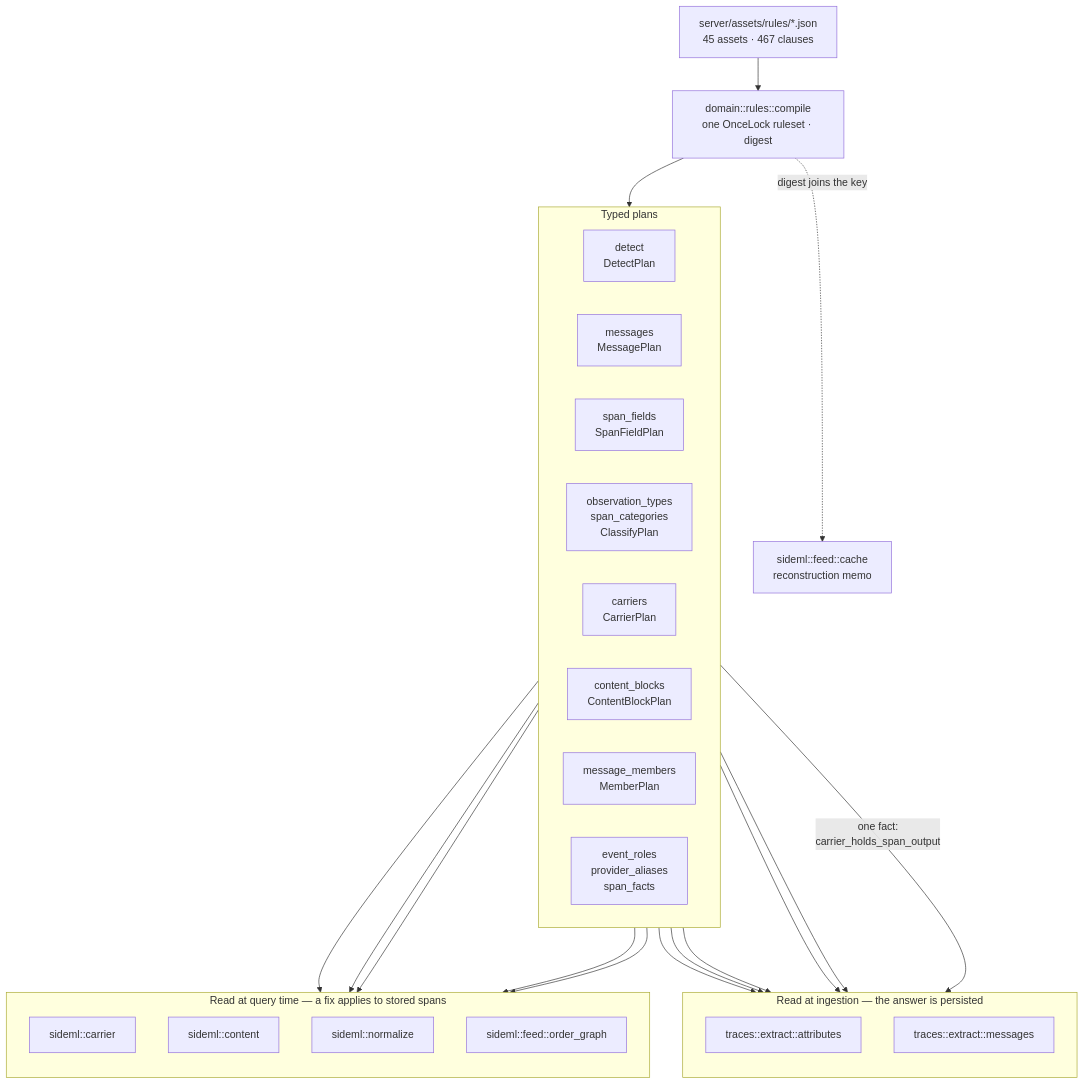
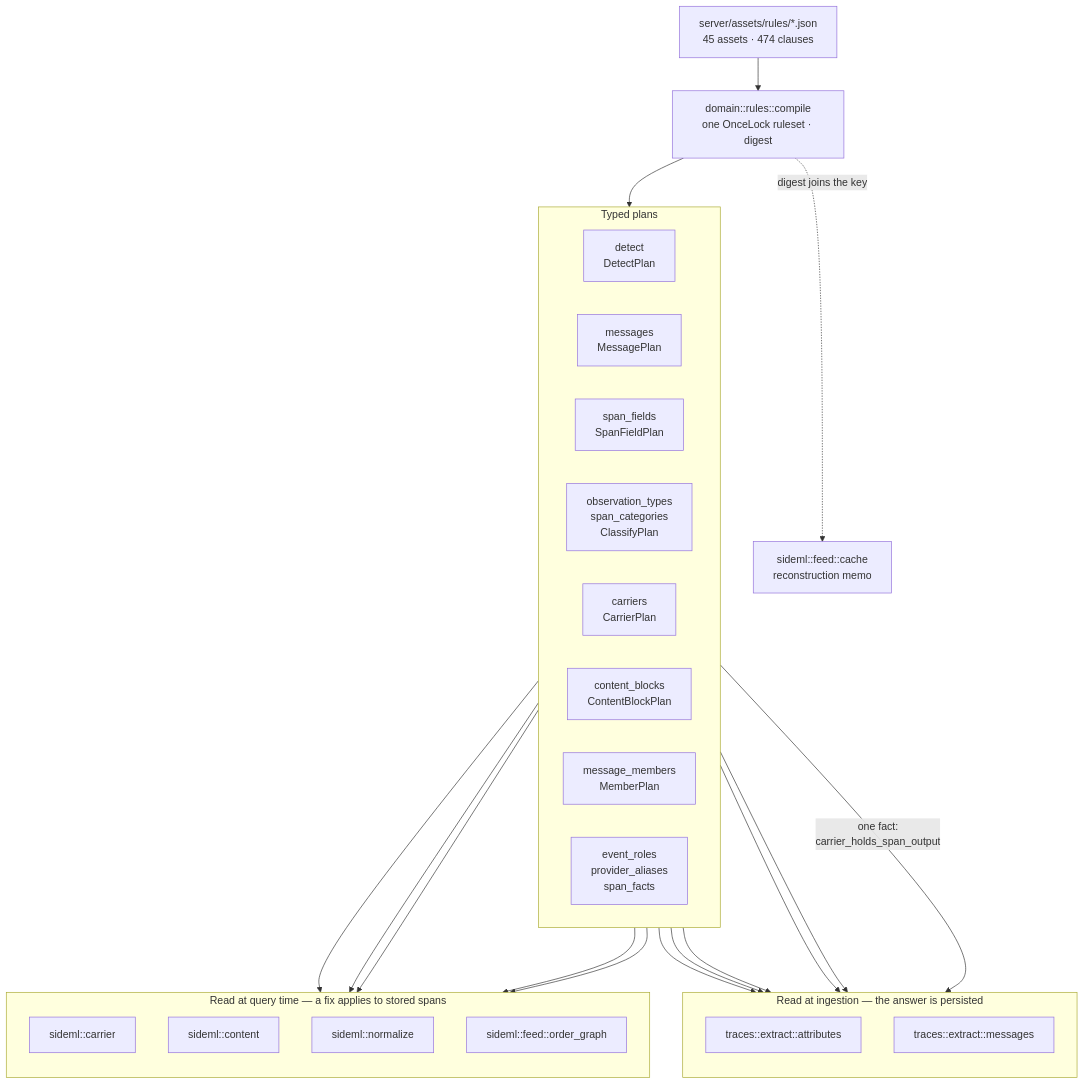
One commit to sideseat/sideseat changed the first of 7 diagrams in docs/engineering/architecture-diagrams.md. Above: the diagram before and after it, drawn with Mermaid. The commit also changed 4 other files, not shown here.

````diff
--- a/docs/engineering/architecture-diagrams.md
+++ b/docs/engineering/architecture-diagrams.md
@@ -18,47 +18,47 @@
 ```mermaid
 flowchart TB
-    assets["server/assets/rules/*.json<br/>45 assets · 467 clauses"]
+    assets["server/assets/rules/*.json<br/>45 assets · 474 clauses"]
     compile["domain::rules::compile<br/>one OnceLock ruleset · digest"]
     assets --> compile
 
     subgraph plans["Typed plans"]
         direction LR
         detect["detect<br/>DetectPlan"]
         messages["messages<br/>MessagePlan"]
         fields["span_fields<br/>SpanFieldPlan"]
         classify["observation_types<br/>span_categories<br/>ClassifyPlan"]
         carriers["carriers<br/>CarrierPlan"]
         blocks["content_blocks<br/>ContentBlockPlan"]
         members["message_members<br/>MemberPlan"]
         roles["event_roles<br/>provider_aliases<br/>span_facts"]
     end
     compile --> plans
 
     subgraph ingest["Read at ingestion — the answer is persisted"]
         direction TB
         attrs["traces::extract::attributes"]
         msgs["traces::extract::messages"]
     end
 
     subgraph query["Read at query time — a fix applies to stored spans"]
         direction TB
         carrier["sideml::carrier"]
         content["sideml::content"]
         normalize["sideml::normalize"]
         order["sideml::feed::order_graph"]
     end
 
     detect --> attrs
     fields --> attrs
     classify --> attrs
     roles --> attrs
     messages --> msgs
     carriers -->|"one fact:<br/>carrier_holds_span_output"| msgs
     carriers --> carrier
     carriers --> order
     blocks --> content
     members --> content
     roles --> normalize
 
     compile -. "digest joins the key" .-> cache["sideml::feed::cache<br/>reconstruction memo"]
 ```
````
